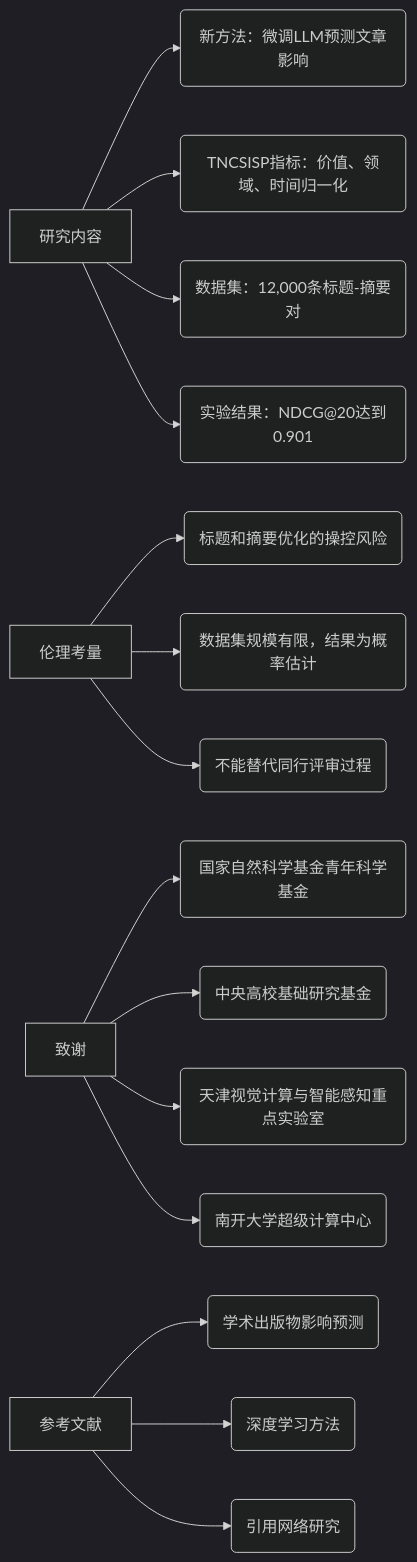
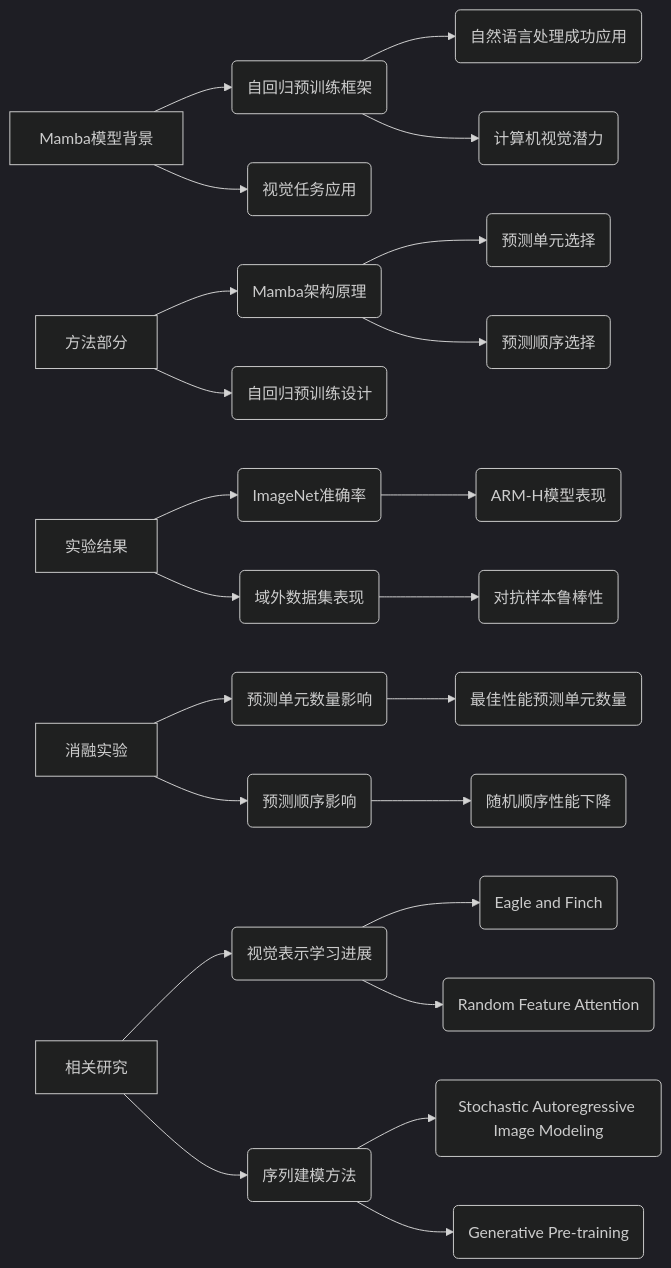
Before and after one commit to Fabreque/charles: diagram 12 of 44 in AI技术类文章.md, drawn with Mermaid (dark theme). The commit also changed other lines of this file and 6 other files, not shown here.

````diff
--- a/AI技术类文章.md
+++ b/AI技术类文章.md
@@ -508,20 +1081,29 @@
 ```mermaid
 graph LR
-    A["研究内容"] --> B("新方法：微调LLM预测文章影响")
-    A["研究内容"] --> C("TNCSISP指标：价值、领域、时间归一化")
-    A["研究内容"] --> D("数据集：12,000条标题-摘要对")
-    A["研究内容"] --> E("实验结果：NDCG@20达到0.901")
-
-    F["伦理考量"] --> G("标题和摘要优化的操控风险")
-    F["伦理考量"] --> H("数据集规模有限，结果为概率估计")
-    F["伦理考量"] --> I("不能替代同行评审过程")
-
-    J["致谢"] --> K("国家自然科学基金青年科学基金")
-    J["致谢"] --> L("中央高校基础研究基金")
-    J["致谢"] --> M("天津视觉计算与智能感知重点实验室")
-    J["致谢"] --> N("南开大学超级计算中心")
-
-    O["参考文献"] --> P("学术出版物影响预测")
-    O["参考文献"] --> Q("深度学习方法")
-    O["参考文献"] --> R("引用网络研究")
+    A["Mamba模型背景"] --> B("自回归预训练框架")
+    A["Mamba模型背景"] --> C("视觉任务应用")
+    B --> D("自然语言处理成功应用")
+    B --> E("计算机视觉潜力")
+    
+    F["方法部分"] --> G("Mamba架构原理")
+    F["方法部分"] --> H("自回归预训练设计")
+    G --> I("预测单元选择")
+    G --> J("预测顺序选择")
+    
+    K["实验结果"] --> L("ImageNet准确率")
+    K --> M("域外数据集表现")
+    L --> N("ARM-H模型表现")
+    M --> O("对抗样本鲁棒性")
+    
+    P["消融实验"] --> Q("预测单元数量影响")
+    P --> R("预测顺序影响")
+    Q --> S("最佳性能预测单元数量")
+    R --> T("随机顺序性能下降")
+    
+    U["相关研究"] --> V("视觉表示学习进展")
+    U --> W("序列建模方法")
+    V --> X("Eagle and Finch")
+    V --> Y("Random Feature Attention")
+    W --> Z("Stochastic Autoregressive Image Modeling")
+    W --> AA("Generative Pre-training")
 ```
````
